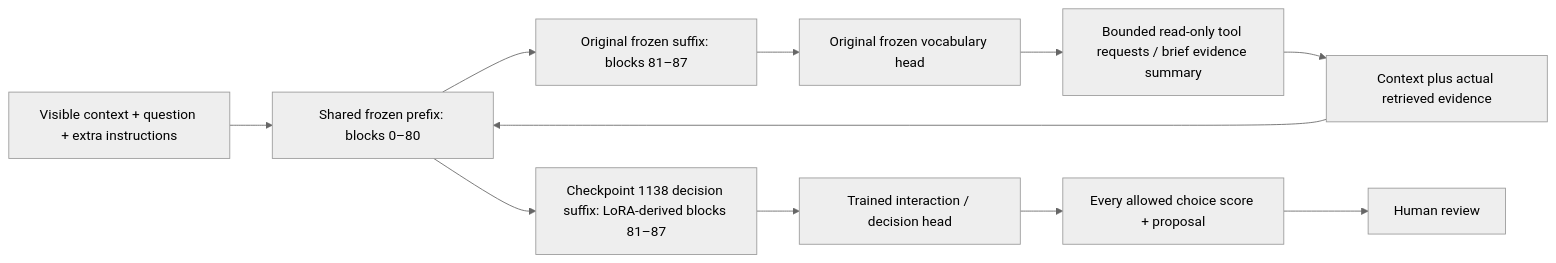
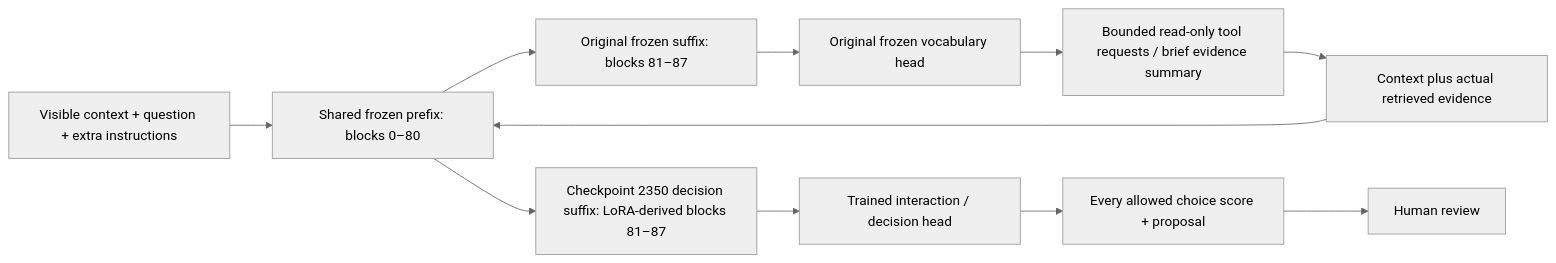
Before and after one commit to Toivo31/cancer: the diagram in decision_api/REASONING_HANDOFF.md, drawn with Mermaid (neutral theme). The commit also changed other lines of this file and 22 other files, not shown here.

````diff
--- a/decision_api/REASONING_HANDOFF.md
+++ b/decision_api/REASONING_HANDOFF.md
@@ -32,13 +32,13 @@
 ```mermaid
 flowchart LR
   C[Visible context + question + extra instructions] --> P[Shared frozen prefix: blocks 0–80]
   P --> O[Original frozen suffix: blocks 81–87]
   O --> V[Original frozen vocabulary head]
   V --> T[Bounded read-only tool requests / brief evidence summary]
   T --> R[Context plus actual retrieved evidence]
   R --> P
-  P --> D[Checkpoint 1138 decision suffix: LoRA-derived blocks 81–87]
+  P --> D[Checkpoint 2350 decision suffix: LoRA-derived blocks 81–87]
   D --> H[Trained interaction / decision head]
   H --> S[Every allowed choice score + proposal]
   S --> U[Human review]
 ```
````
